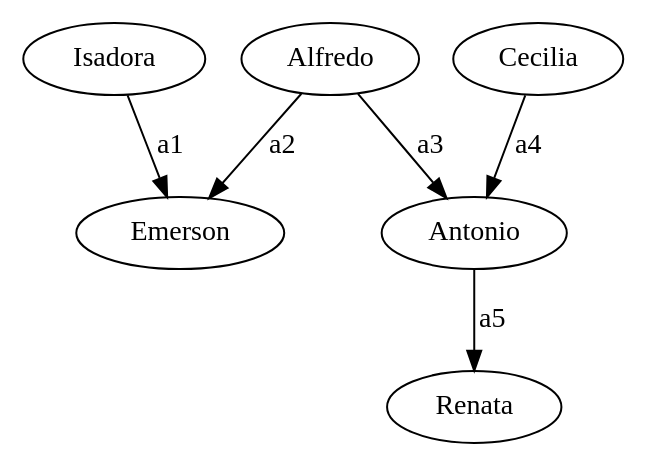
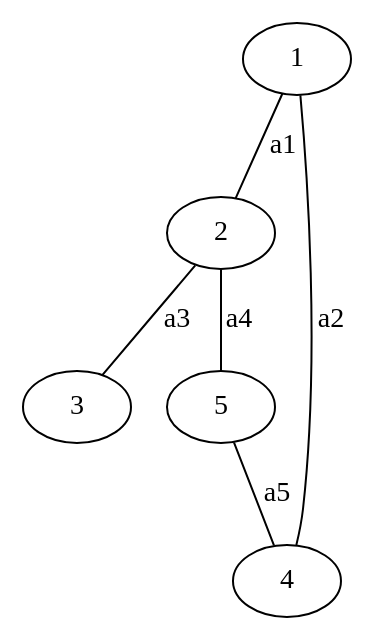
One commit to jumaciel/Grafos changed the diagram in Graph/src/os/dot/fileS.dot. Above: the diagram before and after it, drawn with Graphviz. The commit also changed 9 other files, not shown here.

```diff
--- a/Graph/src/os/dot/fileS.dot
+++ b/Graph/src/os/dot/fileS.dot
@@ -1,13 +1,12 @@
 digraph G {
-Isadora -> Emerson[label=a1]
-Alfredo -> Emerson[label=a2]
-Alfredo -> Antonio[label=a3]
-Cecilia -> Antonio[label=a4]
-Antonio -> Renata[label=a5]
-Renata;
-Antonio;
-Emerson;
-Isadora;
-Alfredo;
-Cecilia;
+1 -> 2 [dir=none][label=a1]
+1 -> 4 [dir=none][label=a2]
+2 -> 3 [dir=none][label=a3]
+2 -> 5 [dir=none][label=a4]
+5 -> 4 [dir=none][label=a5]
+1;
+2;
+3;
+4;
+5;
 }
```
